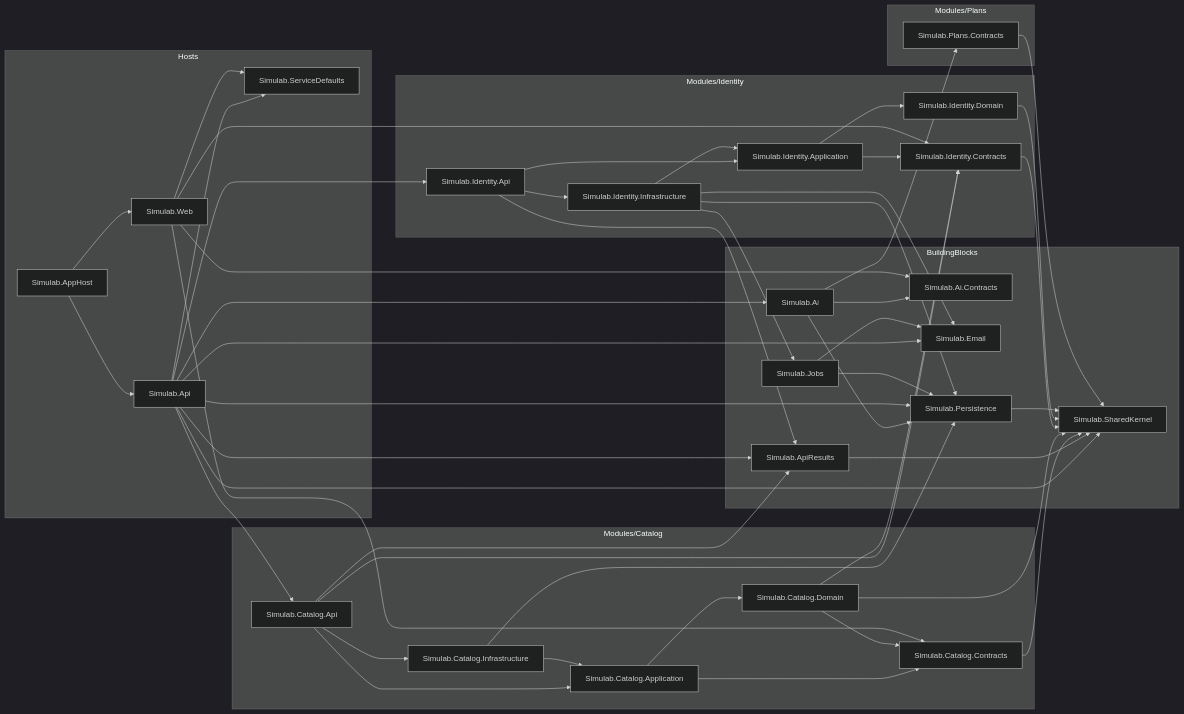
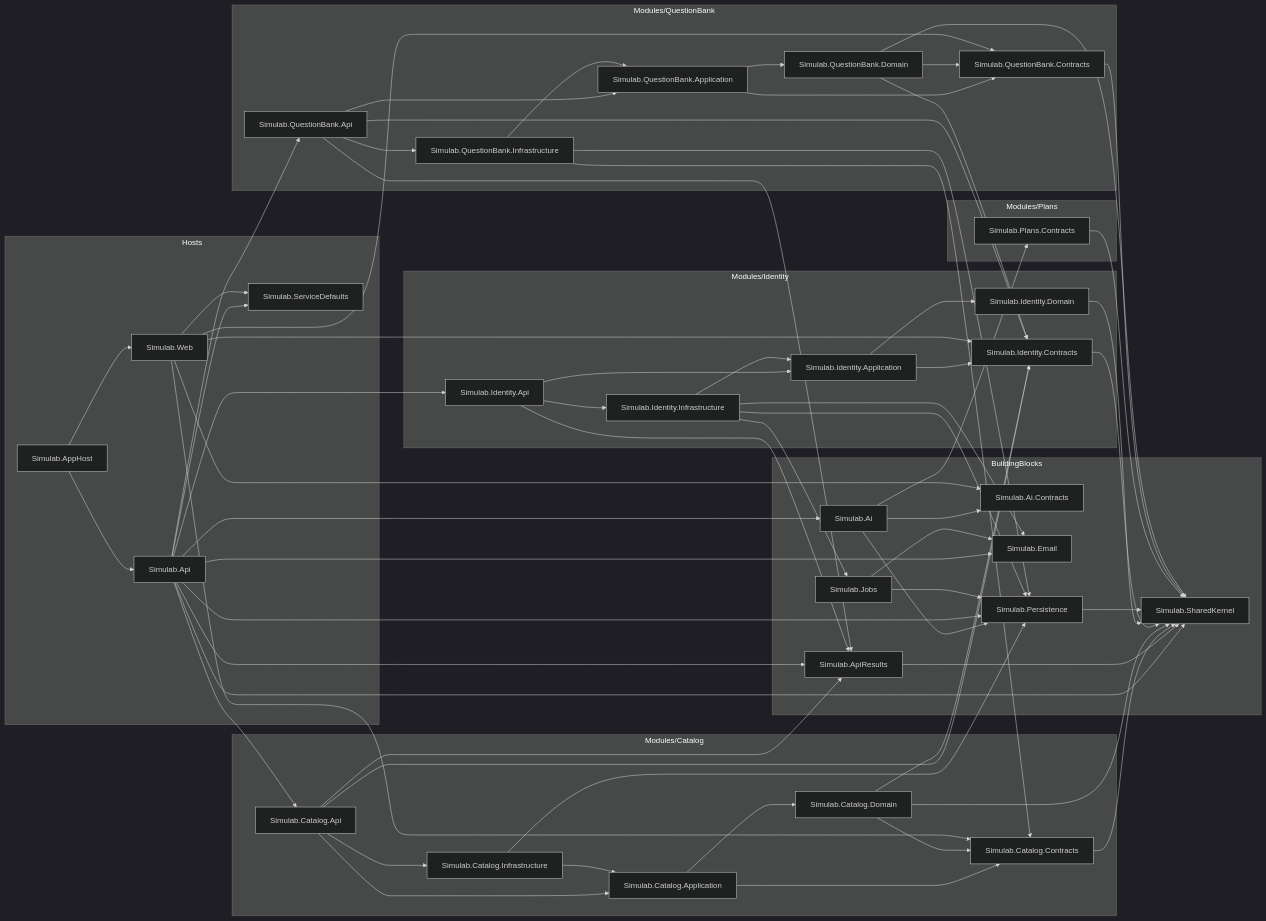
Before and after one commit to alexcanario/simulab: the diagram in docs/architecture/modules.md, drawn with Mermaid (dark theme). The commit also changed 52 other files, not shown here.

````diff
--- a/docs/architecture/modules.md
+++ b/docs/architecture/modules.md
@@ -36,6 +36,13 @@
     subgraph Modules_Plans["Modules/Plans"]
         Simulab_Plans_Contracts["Simulab.Plans.Contracts"]
     end
+    subgraph Modules_QuestionBank["Modules/QuestionBank"]
+        Simulab_QuestionBank_Api["Simulab.QuestionBank.Api"]
+        Simulab_QuestionBank_Application["Simulab.QuestionBank.Application"]
+        Simulab_QuestionBank_Contracts["Simulab.QuestionBank.Contracts"]
+        Simulab_QuestionBank_Domain["Simulab.QuestionBank.Domain"]
+        Simulab_QuestionBank_Infrastructure["Simulab.QuestionBank.Infrastructure"]
+    end
     Simulab_Ai --> Simulab_Ai_Contracts
     Simulab_Ai --> Simulab_Persistence
     Simulab_Ai --> Simulab_Plans_Contracts
@@ -45,6 +52,7 @@
     Simulab_Api --> Simulab_Email
     Simulab_Api --> Simulab_Identity_Api
     Simulab_Api --> Simulab_Persistence
+    Simulab_Api --> Simulab_QuestionBank_Api
     Simulab_Api --> Simulab_ServiceDefaults
     Simulab_Api --> Simulab_SharedKernel
     Simulab_ApiResults --> Simulab_SharedKernel
@@ -77,8 +85,22 @@
     Simulab_Jobs --> Simulab_Persistence
     Simulab_Persistence --> Simulab_SharedKernel
     Simulab_Plans_Contracts --> Simulab_SharedKernel
+    Simulab_QuestionBank_Api --> Simulab_ApiResults
+    Simulab_QuestionBank_Api --> Simulab_Identity_Contracts
+    Simulab_QuestionBank_Api --> Simulab_QuestionBank_Application
+    Simulab_QuestionBank_Api --> Simulab_QuestionBank_Infrastructure
+    Simulab_QuestionBank_Application --> Simulab_QuestionBank_Contracts
+    Simulab_QuestionBank_Application --> Simulab_QuestionBank_Domain
+    Simulab_QuestionBank_Contracts --> Simulab_SharedKernel
+    Simulab_QuestionBank_Domain --> Simulab_Identity_Contracts
+    Simulab_QuestionBank_Domain --> Simulab_QuestionBank_Contracts
+    Simulab_QuestionBank_Domain --> Simulab_SharedKernel
+    Simulab_QuestionBank_Infrastructure --> Simulab_Catalog_Contracts
+    Simulab_QuestionBank_Infrastructure --> Simulab_Persistence
+    Simulab_QuestionBank_Infrastructure --> Simulab_QuestionBank_Application
     Simulab_Web --> Simulab_Ai_Contracts
     Simulab_Web --> Simulab_Catalog_Contracts
     Simulab_Web --> Simulab_Identity_Contracts
+    Simulab_Web --> Simulab_QuestionBank_Contracts
     Simulab_Web --> Simulab_ServiceDefaults
 ```
````
